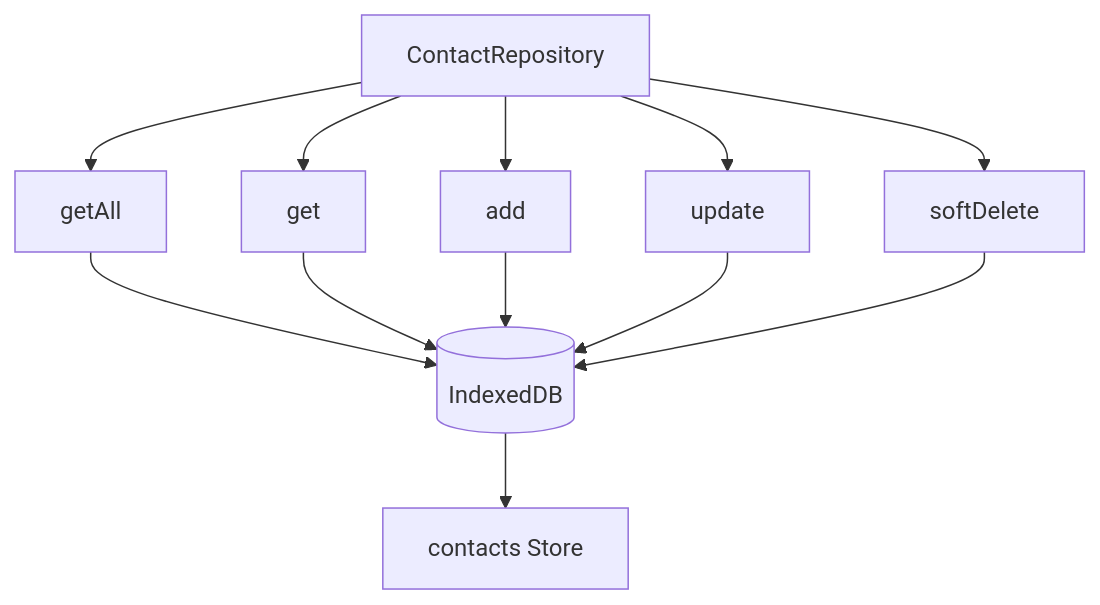
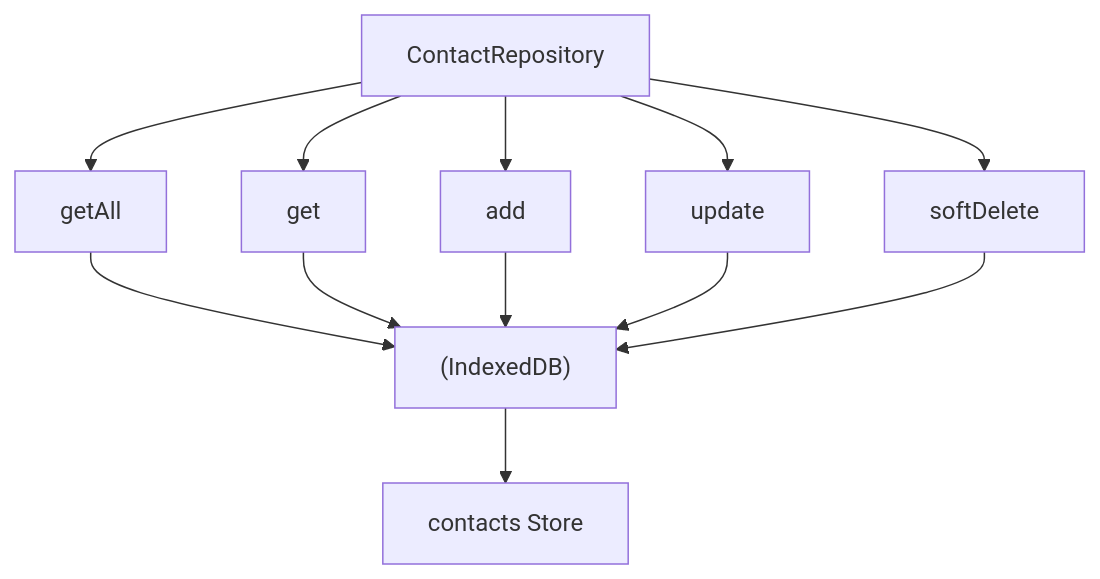
Diagram 12 of 14 in docs/component-architecture.md (amr-kasem/distributed-systems-react-chat-peer), drawn with Mermaid before and after one commit. The commit also changed other lines of this file and 7 other files, not shown here.

Commit message:
solved issues with diagrams

````diff
--- a/docs/component-architecture.md
+++ b/docs/component-architecture.md
@@ -387,18 +387,18 @@
 ```mermaid
 graph TB
     ContactRepo[ContactRepository]
     
     ContactRepo --> GetAll[getAll]
     ContactRepo --> Get[get]
     ContactRepo --> Add[add]
     ContactRepo --> Update[update]
     ContactRepo --> Delete[softDelete]
     
-    GetAll --> DB[(IndexedDB)]
+    GetAll --> DB["(IndexedDB)"]
     Get --> DB
     Add --> DB
     Update --> DB
     Delete --> DB
     
-    DB --> Store[contacts Store]
+    DB --> Store["contacts Store"]
 ```
````
